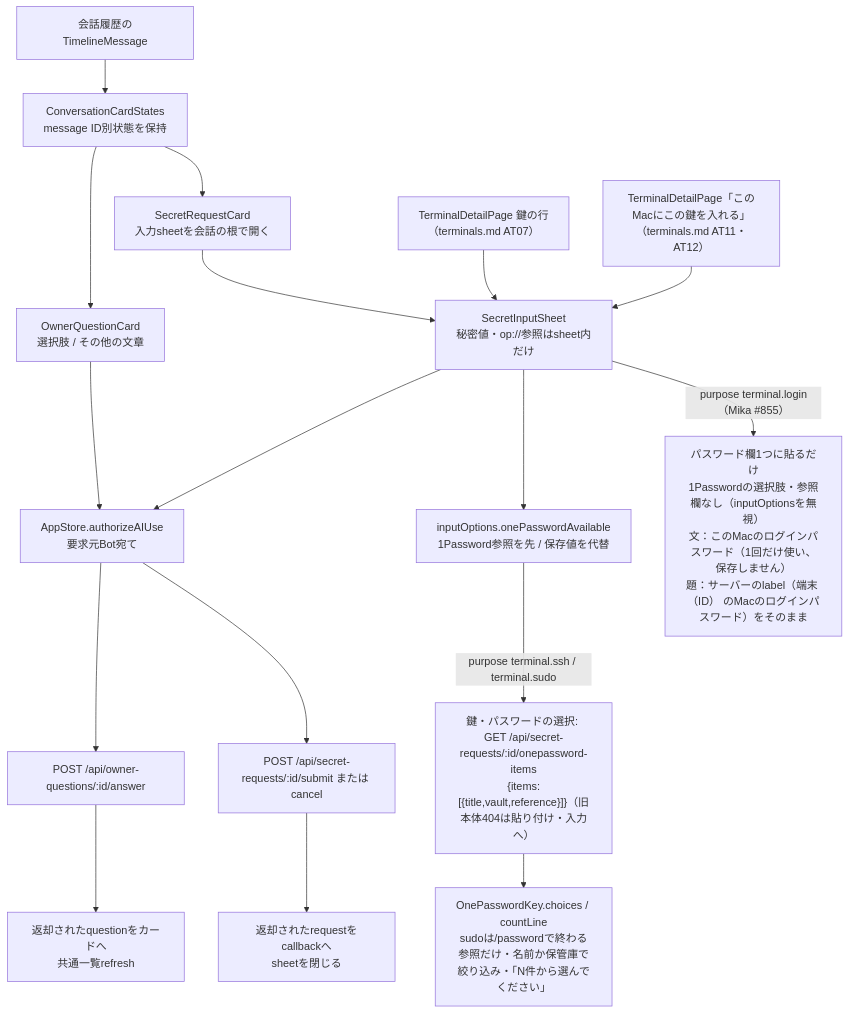
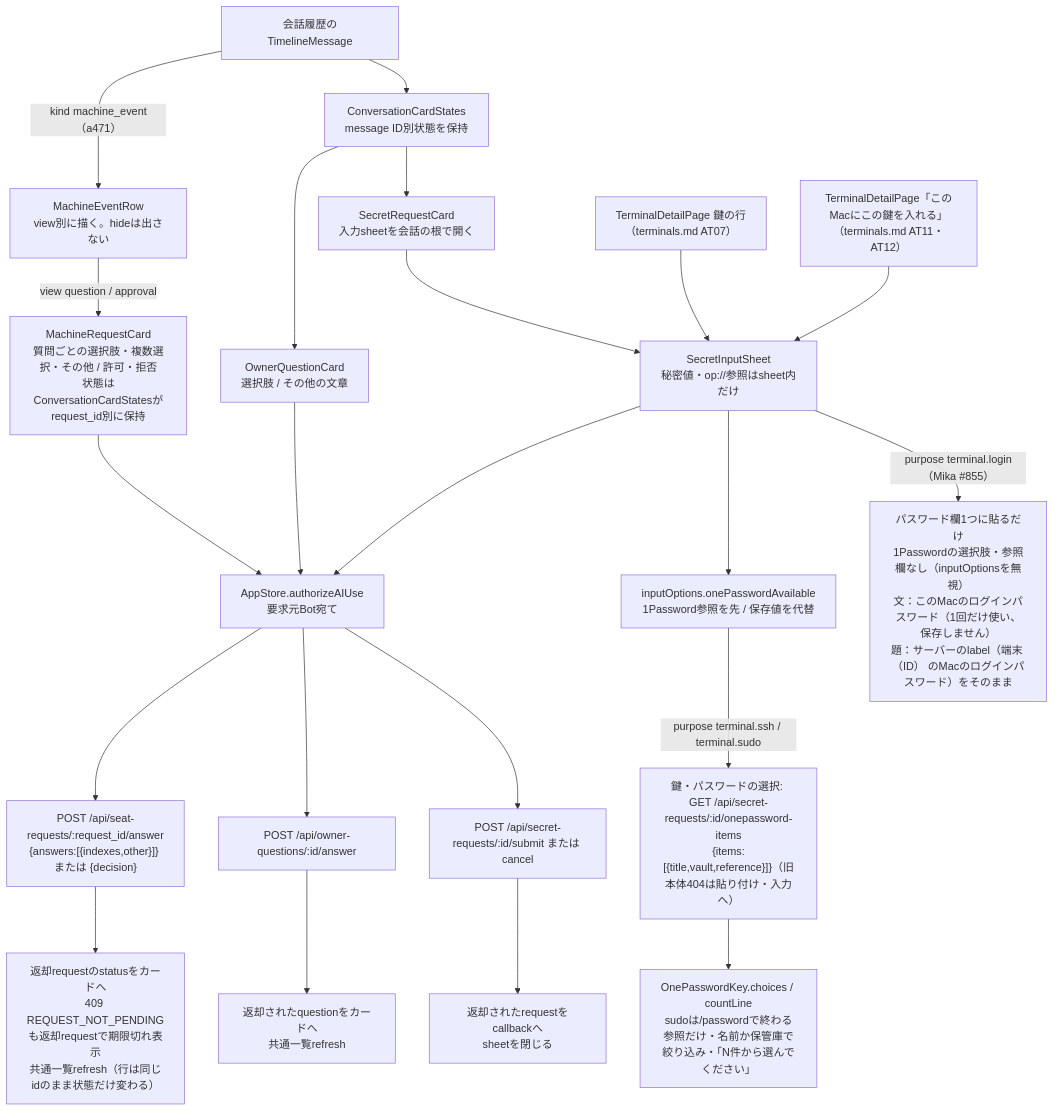
One commit to kitepon/BellTeam changed the first of 6 diagrams in docs/architecture/modules/apple/requests-and-auth.md. Above: the diagram before and after it, drawn with Mermaid. The commit also changed other lines of this file and 9 other files, not shown here.

First line of the commit message:
a471-askuser-apple: draw a machine seat's stream rows, AskUserQuestion card and approval card (iPhone/Mac)

````diff
--- a/docs/architecture/modules/apple/requests-and-auth.md
+++ b/docs/architecture/modules/apple/requests-and-auth.md
@@ -9,19 +9,24 @@
 ```mermaid
 flowchart TD
   Message["会話履歴のTimelineMessage"] --> Cards["ConversationCardStates<br/>message ID別状態を保持"]
   Cards --> Question["OwnerQuestionCard<br/>選択肢 / その他の文章"]
   Cards --> Secret["SecretRequestCard<br/>入力sheetを会話の根で開く"]
+  Message -->|"kind machine_event（a471）"| Machine["MachineEventRow<br/>view別に描く。hideは出さない"]
+  Machine -->|"view question / approval"| MCard["MachineRequestCard<br/>質問ごとの選択肢・複数選択・その他 / 許可・拒否<br/>状態はConversationCardStatesがrequest_id別に保持"]
+  MCard --> Access
+  Access --> MAnswer["POST /api/seat-requests/:request_id/answer<br/>{answers:[{indexes,other}]} または {decision}"]
+  MAnswer --> MResult["返却requestのstatusをカードへ<br/>409 REQUEST_NOT_PENDINGも返却requestで期限切れ表示<br/>共通一覧refresh（行は同じidのまま状態だけ変わる）"]
   Question --> Access["AppStore.authorizeAIUse<br/>要求元Bot宛て"]
   Secret --> Sheet["SecretInputSheet<br/>秘密値・op://参照はsheet内だけ"]
   TerminalKey["TerminalDetailPage 鍵の行<br/>（terminals.md AT07）"] --> Sheet
   TerminalAuthorize["TerminalDetailPage「このMacにこの鍵を入れる」<br/>（terminals.md AT11・AT12）"] --> Sheet
   Sheet --> Source["inputOptions.onePasswordAvailable<br/>1Password参照を先 / 保存値を代替"]
   Sheet -->|"purpose terminal.login（Mika #855）"| Login["パスワード欄1つに貼るだけ<br/>1Passwordの選択肢・参照欄なし（inputOptionsを無視）<br/>文：このMacのログインパスワード（1回だけ使い、保存しません）<br/>題：サーバーのlabel（端末 （ID） のMacのログインパスワード）をそのまま"]
   Source -->|"purpose terminal.ssh / terminal.sudo"| Picker["鍵・パスワードの選択: GET /api/secret-requests/:id/onepassword-items<br/>{items:[{title,vault,reference}]}（旧本体404は貼り付け・入力へ）"]
   Picker --> Rows["OnePasswordKey.choices / countLine<br/>sudoは/passwordで終わる参照だけ・名前か保管庫で絞り込み・「N件から選んでください」"]
   Sheet --> Access
   Access --> Answer["POST /api/owner-questions/:id/answer"]
   Access --> Finish["POST /api/secret-requests/:id/submit または cancel"]
   Answer --> Result["返却されたquestionをカードへ<br/>共通一覧refresh"]
   Finish --> Complete["返却されたrequestをcallbackへ<br/>sheetを閉じる"]
 ```
````
